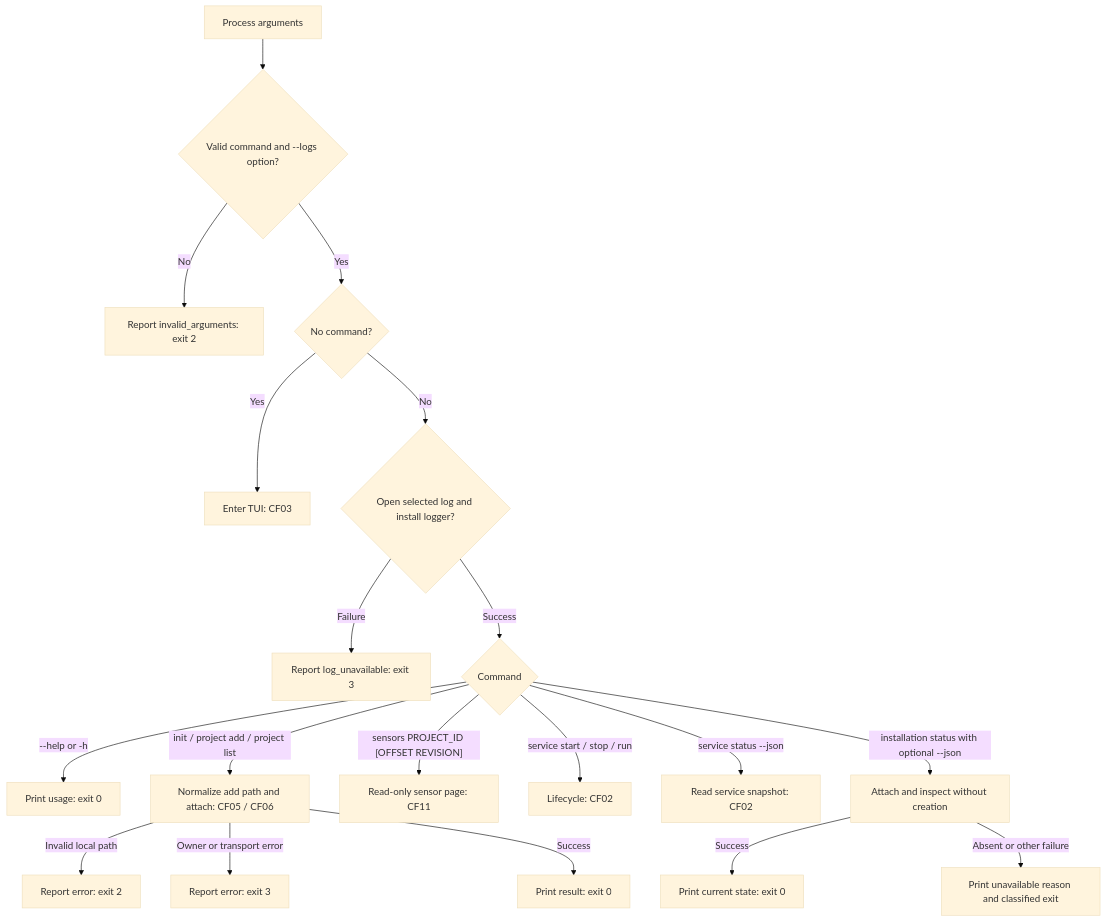
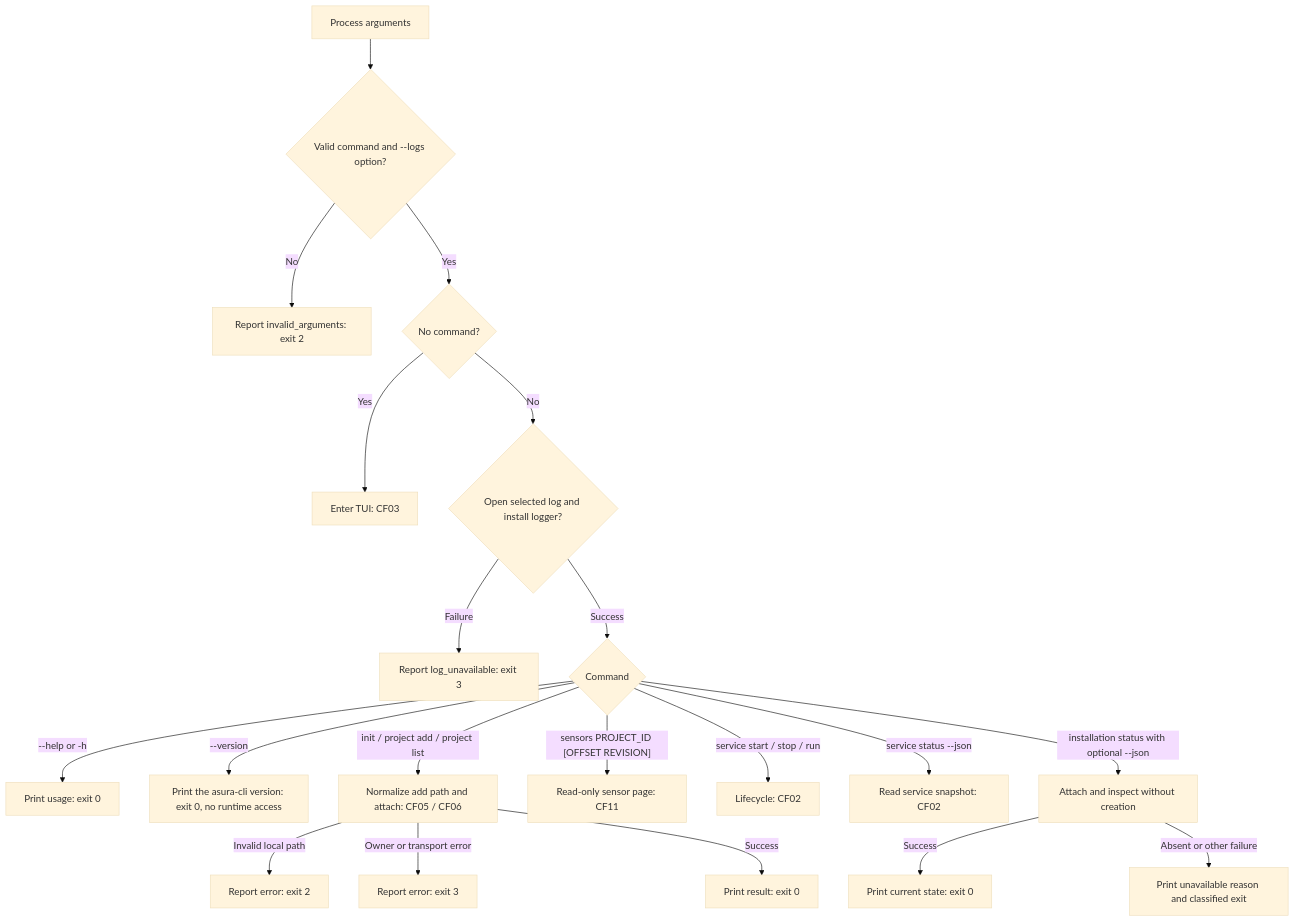
Before and after one commit to pidster/asura: the first of 21 diagrams in docs/designs/command-flows.md, drawn with Mermaid (base theme). The commit also changed other lines of this file and 3 other files, not shown here.

````diff
--- a/docs/designs/command-flows.md
+++ b/docs/designs/command-flows.md
@@ -25,21 +25,22 @@
 ```mermaid
 flowchart TD
     Args["Process arguments"] --> Parse{"Valid command and --logs option?"}
     Parse -->|No| Usage["Report invalid_arguments: exit 2"]
     Parse -->|Yes| Tui{"No command?"}
     Tui -->|Yes| UI["Enter TUI: CF03"]
     Tui -->|No| Log{"Open selected log and install logger?"}
     Log -->|Failure| LF["Report log_unavailable: exit 3"]
     Log -->|Success| Kind{"Command"}
     Kind -->|"--help or -h"| Help["Print usage: exit 0"]
+    Kind -->|"--version"| Version["Print the asura-cli version: exit 0, no runtime access"]
     Kind -->|"init / project add / project list"| Setup["Normalize add path and attach: CF05 / CF06"]
     Setup -->|"Invalid local path"| Bad["Report error: exit 2"]
     Setup -->|"Owner or transport error"| SE["Report error: exit 3"]
     Setup -->|Success| OK["Print result: exit 0"]
     Kind -->|"sensors PROJECT_ID [OFFSET REVISION]"| Sensors["Read-only sensor page: CF11"]
     Kind -->|"service start / stop / run"| Life["Lifecycle: CF02"]
     Kind -->|"service status --json"| Status["Read service snapshot: CF02"]
     Kind -->|"installation status with optional --json"| Inspect["Attach and inspect without creation"]
     Inspect -->|Success| IS["Print current state: exit 0"]
     Inspect -->|"Absent or other failure"| IE["Print unavailable reason and classified exit"]
 ```
````
